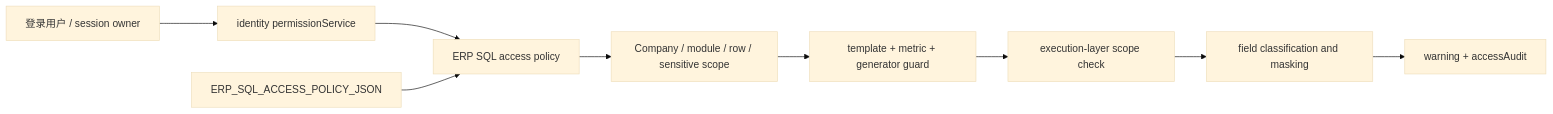
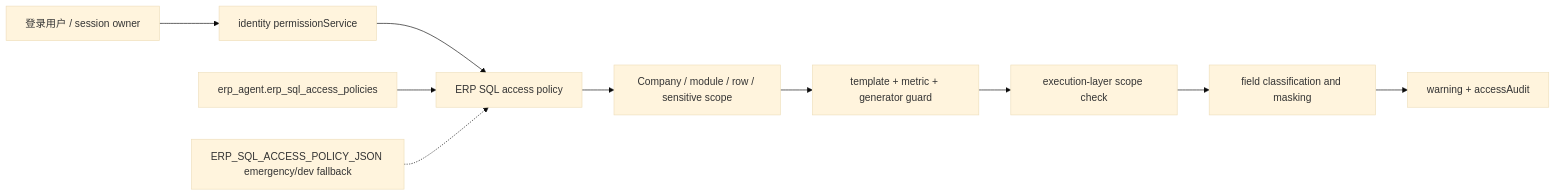
The diagram in docs/architecture/erp-sql-access-control.md (zzzsaft/jc-hub), drawn with Mermaid (base theme) before and after one commit. The commit also changed other lines of this file and 52 other files, not shown here.

````diff
--- a/docs/architecture/erp-sql-access-control.md
+++ b/docs/architecture/erp-sql-access-control.md
@@ -7,11 +7,12 @@
 ```mermaid
 flowchart LR
   A["登录用户 / session owner"] --> B["identity permissionService"]
   B --> C["ERP SQL access policy"]
-  D["ERP_SQL_ACCESS_POLICY_JSON"] --> C
+  D["erp_agent.erp_sql_access_policies"] --> C
+  E0["ERP_SQL_ACCESS_POLICY_JSON emergency/dev fallback"] -.-> C
   C --> E["Company / module / row / sensitive scope"]
   E --> F["template + metric + generator guard"]
   F --> G["execution-layer scope check"]
   G --> H["field classification and masking"]
   H --> I["warning + accessAudit"]
 ```
````
